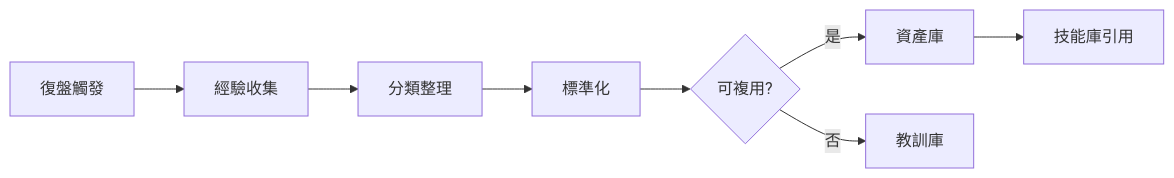
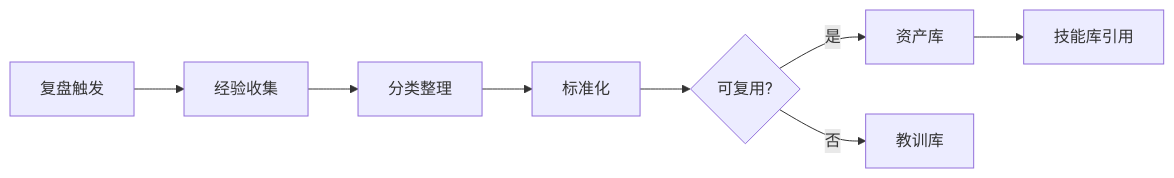
Before and after one commit to gogojaja/DevProjectTeamSkill: the first of 2 diagrams in .trae/skills/dev-project-team-skill/skills/self-improve/domain/lesson-harvesting.md, drawn with Mermaid. The commit also changed other lines of this file and 69 other files, not shown here.

````diff
--- a/.trae/skills/dev-project-team-skill/skills/self-improve/domain/lesson-harvesting.md
+++ b/.trae/skills/dev-project-team-skill/skills/self-improve/domain/lesson-harvesting.md
@@ -10,10 +10,10 @@
 ```mermaid
 graph LR
-  A[復盤觸發] --> B[經驗收集]
-  B --> C[分類整理]
-  C --> D[標準化]
-  D --> E{可複用?}
-  E -->|是| F[資產庫]
-  E -->|否| G[教訓庫]
-  F --> H[技能庫引用]
+  A[复盘触发] --> B[经验收集]
+  B --> C[分类整理]
+  C --> D[标准化]
+  D --> E{可复用?}
+  E -->|是| F[资产库]
+  E -->|否| G[教训库]
+  F --> H[技能库引用]
 ```
````
